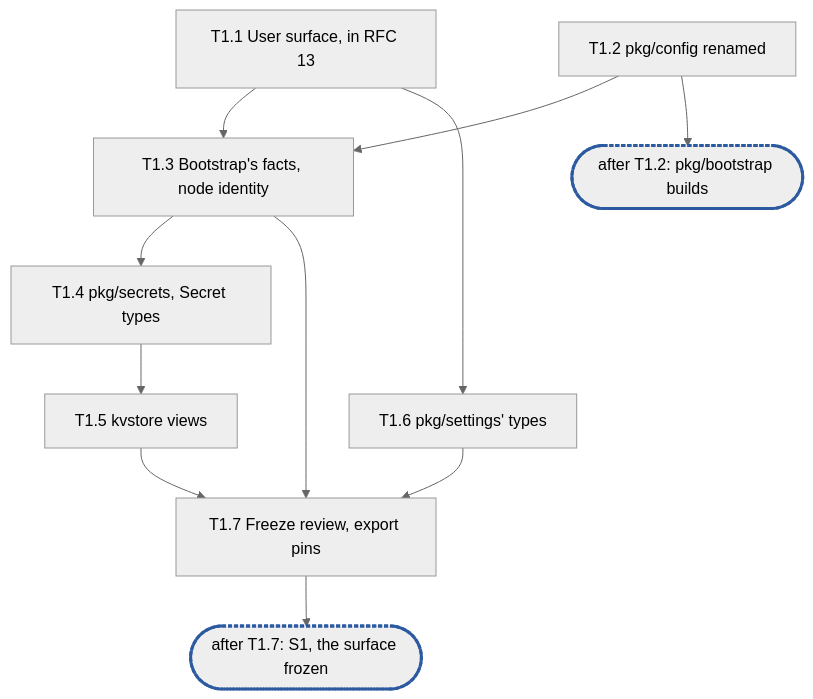
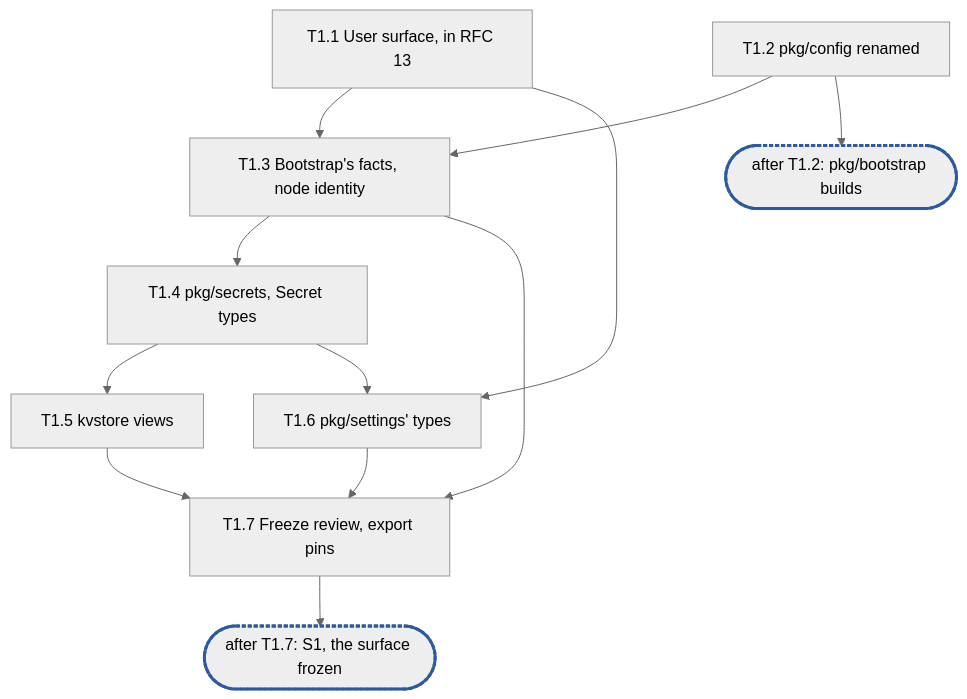
The diagram in docs/internals/planning/rfc-13-config-epic1.md (cubbit/dittofs), drawn with Mermaid (neutral theme) before and after one commit. The commit also changed other lines of this file and 1 other file, not shown here.

````diff
--- a/docs/internals/planning/rfc-13-config-epic1.md
+++ b/docs/internals/planning/rfc-13-config-epic1.md
@@ -439,12 +487,13 @@
 ```mermaid
 flowchart TD
   T1_1["T1.1 User surface, in RFC 13"] --> T1_3["T1.3 Bootstrap's facts, node identity"]
   T1_2["T1.2 pkg/config renamed"] --> T1_3
   T1_3 --> T1_4["T1.4 pkg/secrets, Secret types"]
   T1_4 --> T1_5["T1.5 kvstore views"]
   T1_1 --> T1_6["T1.6 pkg/settings' types"]
+  T1_4 --> T1_6
   T1_3 & T1_5 & T1_6 --> T1_7["T1.7 Freeze review, export pins"]
   T1_7 --> S1(["after T1.7: S1, the surface frozen"]):::sync
   T1_2 --> C1(["after T1.2: pkg/bootstrap builds"]):::sync
   classDef sync stroke:#2c5aa0,stroke-width:3px,stroke-dasharray:4 2
 ```
````
